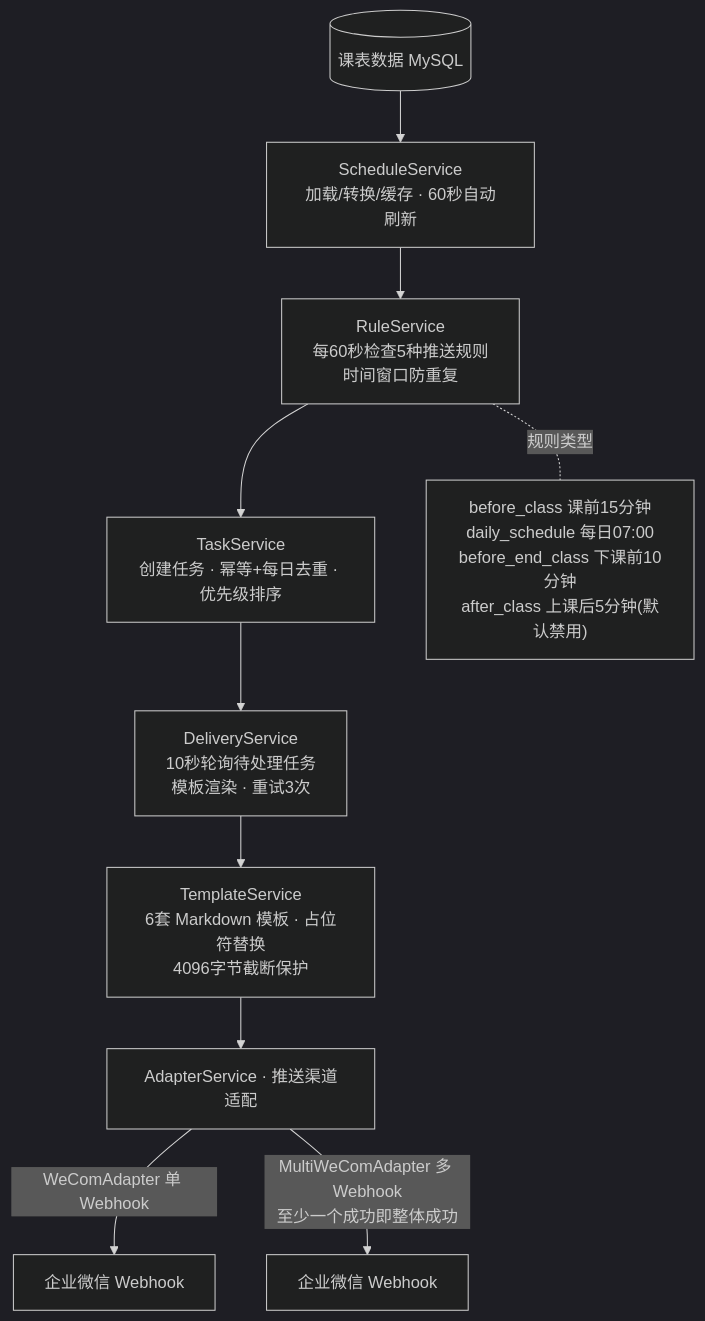
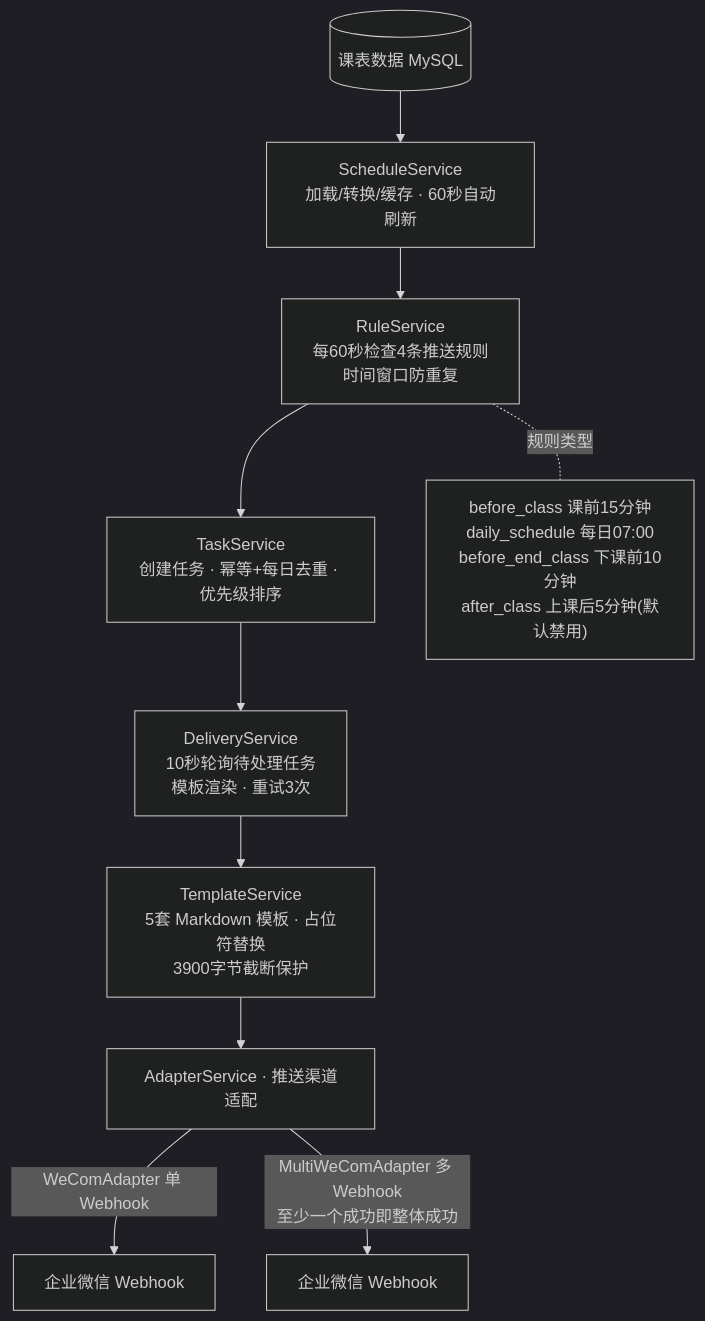
The third of 9 diagrams in Push_System_Flask/README.md (CherryPainter/campus-info-system), drawn with Mermaid (dark theme) before and after one commit. The commit also changed other lines of this file and 1 other file, not shown here.

````diff
--- a/Push_System_Flask/README.md
+++ b/Push_System_Flask/README.md
@@ -1108,15 +1132,15 @@
 ```mermaid
 flowchart TD
     D[(课表数据 MySQL)] --> SCH["ScheduleService<br/>加载/转换/缓存 · 60秒自动刷新"]
-    SCH --> RULE["RuleService<br/>每60秒检查5种推送规则<br/>时间窗口防重复"]
+    SCH --> RULE["RuleService<br/>每60秒检查4条推送规则<br/>时间窗口防重复"]
     RULE --> TASK["TaskService<br/>创建任务 · 幂等+每日去重 · 优先级排序"]
     TASK --> DELIV["DeliveryService<br/>10秒轮询待处理任务<br/>模板渲染 · 重试3次"]
-    DELIV --> TPL["TemplateService<br/>6套 Markdown 模板 · 占位符替换<br/>4096字节截断保护"]
+    DELIV --> TPL["TemplateService<br/>5套 Markdown 模板 · 占位符替换<br/>3900字节截断保护"]
     TPL --> ADP["AdapterService · 推送渠道适配"]
     ADP -->|WeComAdapter 单 Webhook| W1[企业微信 Webhook]
     ADP -->|MultiWeComAdapter 多 Webhook<br/>至少一个成功即整体成功| W2[企业微信 Webhook]
 
     RULE -. 规则类型 .- R["before_class 课前15分钟<br/>daily_schedule 每日07:00<br/>before_end_class 下课前10分钟<br/>after_class 上课后5分钟(默认禁用)"]
 
 
 ```
````
